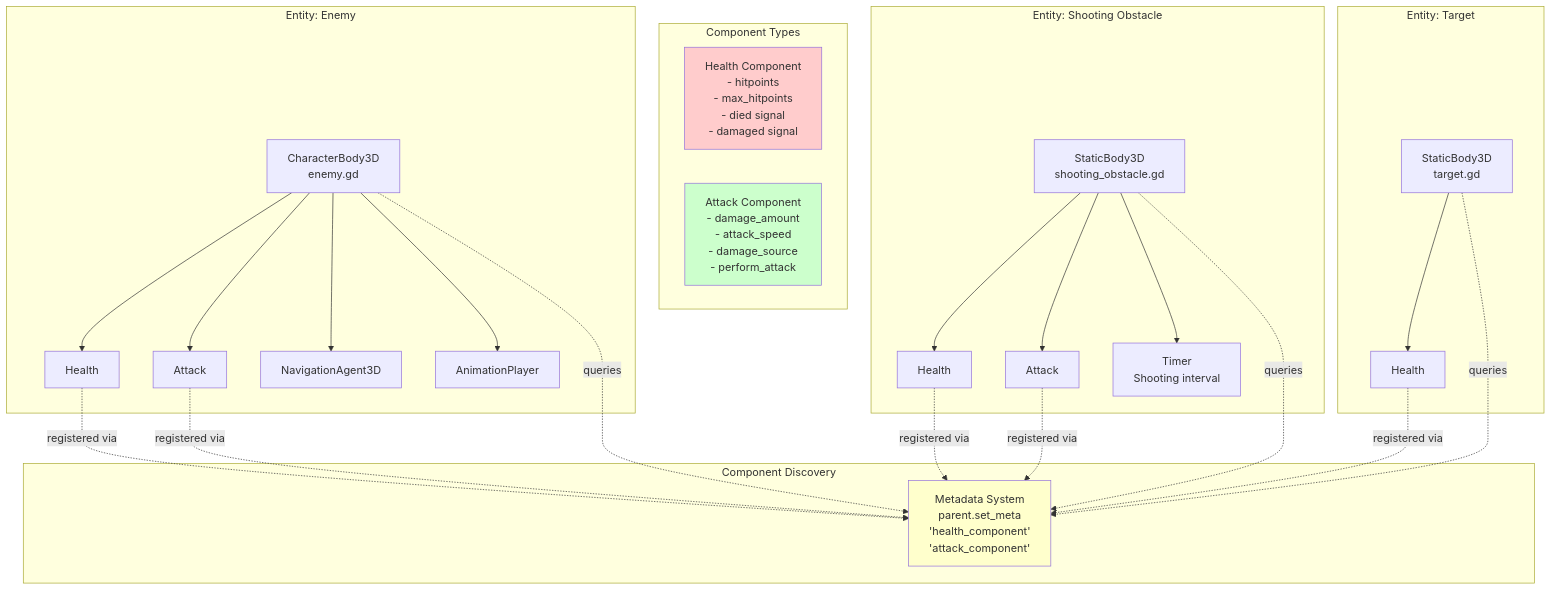
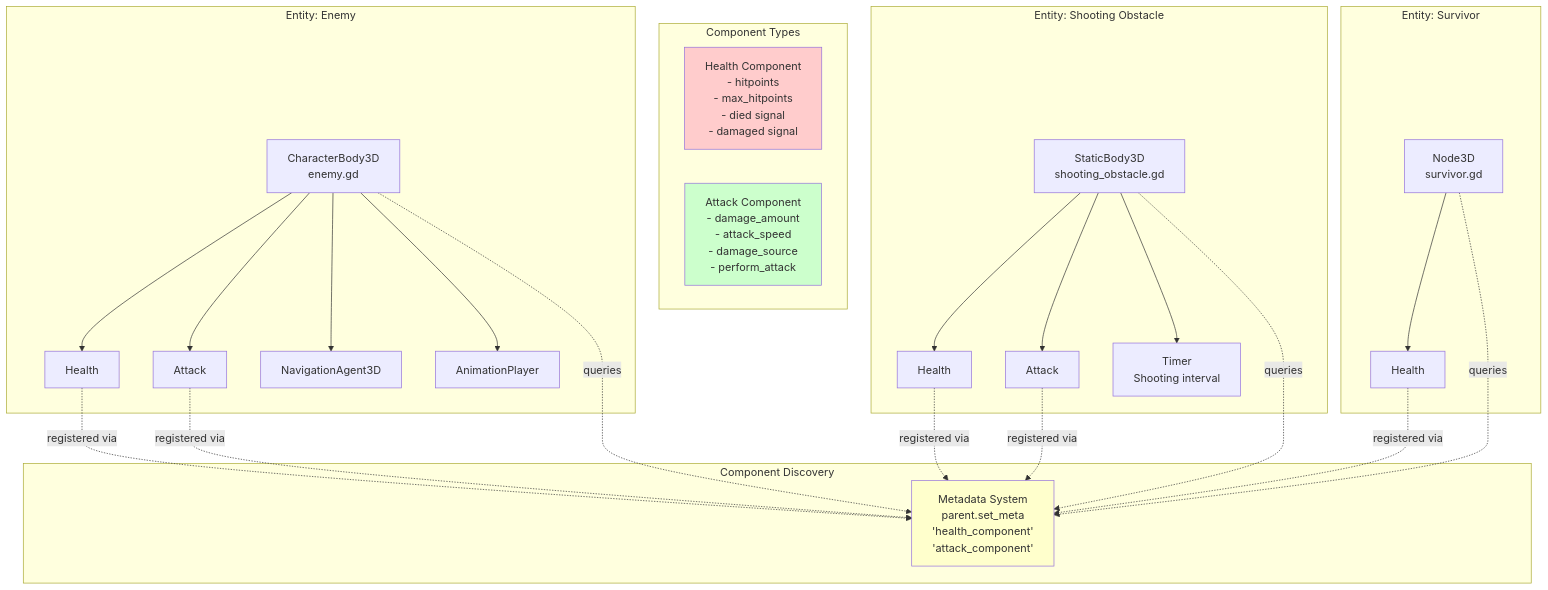
Before and after one commit to saebyn/godot-tower-defense: the second of 8 diagrams in docs/ARCHITECTURE.md, drawn with Mermaid. The commit also changed other lines of this file and 30 other files, not shown here.

First line of the commit message:
Align canonical naming: Target→Survivor, health bar→unit frame, Level→Scenario (#341)

````diff
--- a/docs/ARCHITECTURE.md
+++ b/docs/ARCHITECTURE.md
@@ -117,56 +117,56 @@
 ```mermaid
 graph TB
     subgraph "Component Types"
         Health[Health Component<br/>- hitpoints<br/>- max_hitpoints<br/>- died signal<br/>- damaged signal]
         Attack[Attack Component<br/>- damage_amount<br/>- attack_speed<br/>- damage_source<br/>- perform_attack]
     end
     
     subgraph "Entity: Enemy"
         Enemy[CharacterBody3D<br/>enemy.gd]
         EnemyHealth[Health]
         EnemyAttack[Attack]
         EnemyNav[NavigationAgent3D]
         EnemyAnim[AnimationPlayer]
         
         Enemy --> EnemyHealth
         Enemy --> EnemyAttack
         Enemy --> EnemyNav
         Enemy --> EnemyAnim
     end
     
     subgraph "Entity: Shooting Obstacle"
         Obstacle[StaticBody3D<br/>shooting_obstacle.gd]
         ObstacleHealth[Health]
         ObstacleAttack[Attack]
         ObstacleTimer[Timer<br/>Shooting interval]
         
         Obstacle --> ObstacleHealth
         Obstacle --> ObstacleAttack
         Obstacle --> ObstacleTimer
     end
     
-    subgraph "Entity: Target"
-        Target[StaticBody3D<br/>target.gd]
-        TargetHealth[Health]
+    subgraph "Entity: Survivor"
+        Survivor[Node3D<br/>survivor.gd]
+        SurvivorHealth[Health]
         
-        Target --> TargetHealth
+        Survivor --> SurvivorHealth
     end
     
     subgraph "Component Discovery"
         Metadata[Metadata System<br/>parent.set_meta<br/>'health_component'<br/>'attack_component']
     end
     
     EnemyHealth -.registered via.-> Metadata
     EnemyAttack -.registered via.-> Metadata
     ObstacleHealth -.registered via.-> Metadata
     ObstacleAttack -.registered via.-> Metadata
-    TargetHealth -.registered via.-> Metadata
+    SurvivorHealth -.registered via.-> Metadata
     
     Enemy -.queries.-> Metadata
     Obstacle -.queries.-> Metadata
-    Target -.queries.-> Metadata
+    Survivor -.queries.-> Metadata
     
     style Health fill:#ffcccc
     style Attack fill:#ccffcc
     style Metadata fill:#ffffcc
 ```
````
